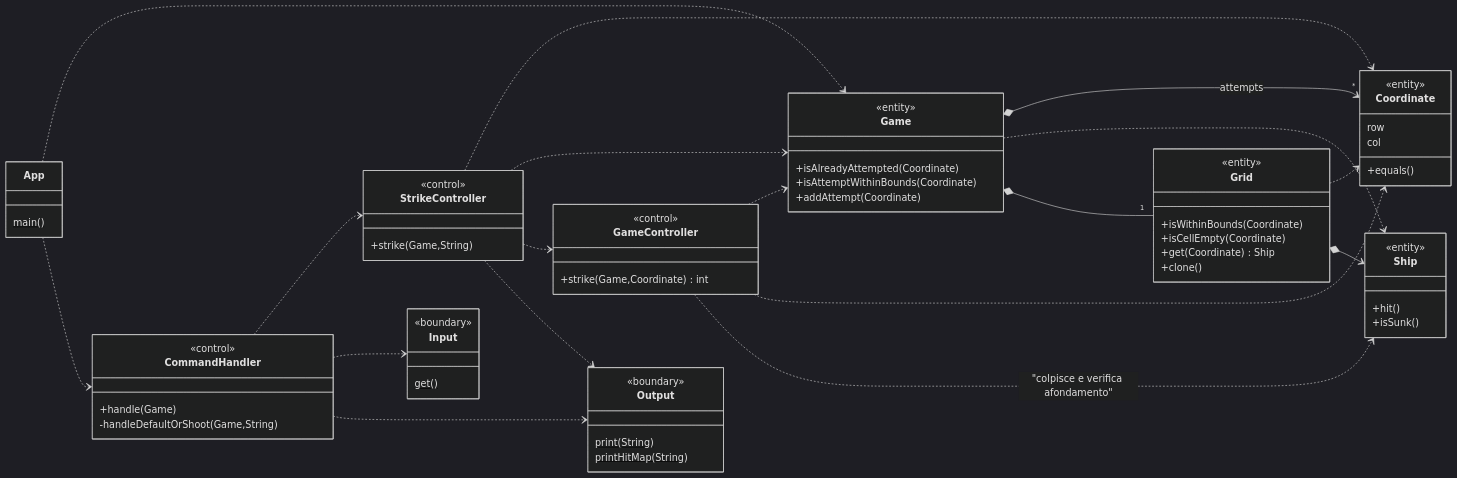
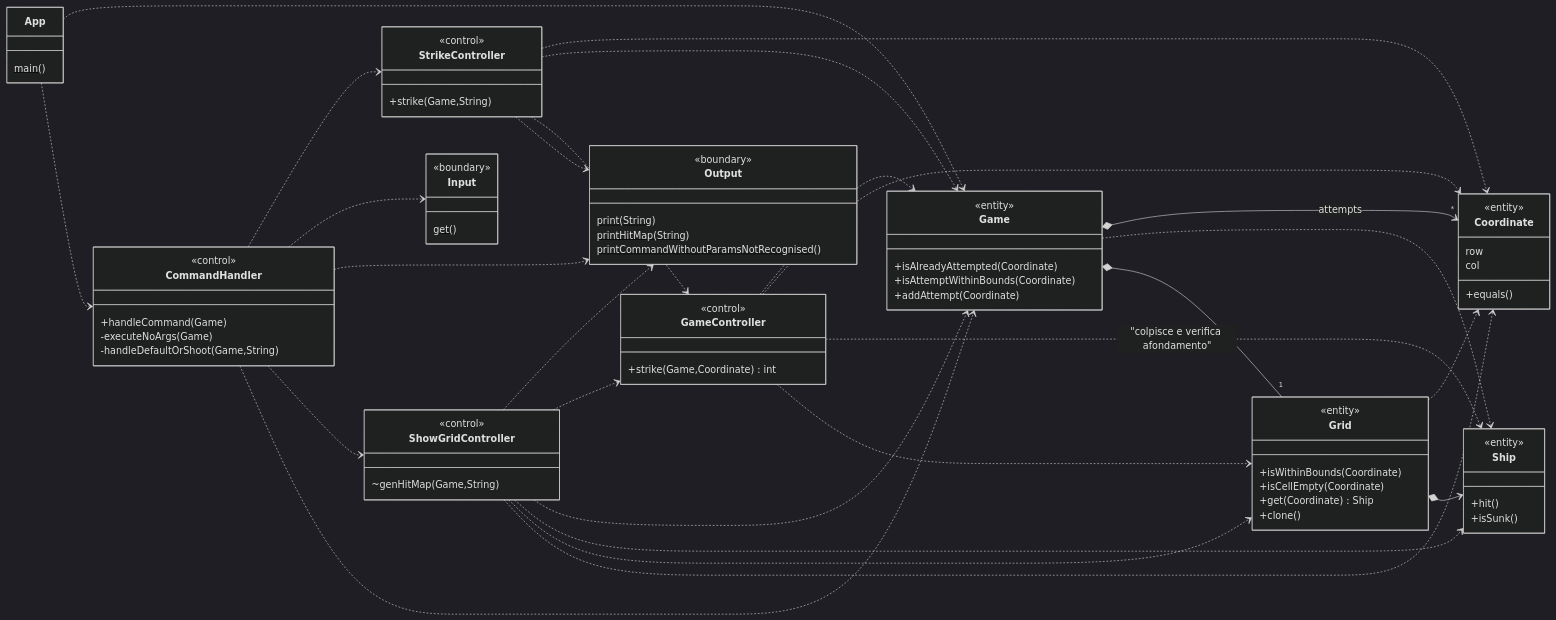
One commit to softeng2223-inf-uniba/progetto2223-thacker changed the seventh of 9 diagrams in docs/Report.md. Above: the diagram before and after it, drawn with Mermaid (dark theme). The commit also changed other lines of this file, not shown here.

```diff
--- a/docs/Report.md
+++ b/docs/Report.md
@@ -553,6 +567,7 @@
   class Output {
     print(String)$
     printHitMap(String)$
+    printCommandWithoutParamsNotRecognised()$
   }
   <<boundary>> Output
 
@@ -562,7 +577,8 @@
   <<boundary>> Input
 
   class CommandHandler {
-    +handle(Game)
+    +handleCommand(Game)
+    -executeNoArgs(Game)
     -handleDefaultOrShoot(Game,String)
   }
   <<control>> CommandHandler
@@ -570,6 +586,8 @@
   CommandHandler ..> StrikeController
   CommandHandler ..> Input
   CommandHandler ..> Output
+  CommandHandler ..> ShowGridController
+  CommandHandler ..> Game
 
   class StrikeController {
     +strike(Game,String)
@@ -581,6 +599,18 @@
   StrikeController ..> GameController
   StrikeController ..> Output
 
+  class ShowGridController {
+    ~genHitMap(Game,String)
+  }
+  <<control>> ShowGridController
+
+  ShowGridController ..> Output
+  ShowGridController ..> GameController
+  ShowGridController ..> Game
+  ShowGridController ..> Ship
+  ShowGridController ..> Grid
+  ShowGridController ..> Coordinate
+
   class GameController {
     +strike(Game,Coordinate) int
   }
@@ -589,6 +619,7 @@
   GameController ..> Game
   GameController ..> Coordinate
   GameController ..> Ship: "colpisce e verifica afondamento"
+  GameController ..> Grid
 
   class Game {
     +isAlreadyAttempted(Coordinate)
```
